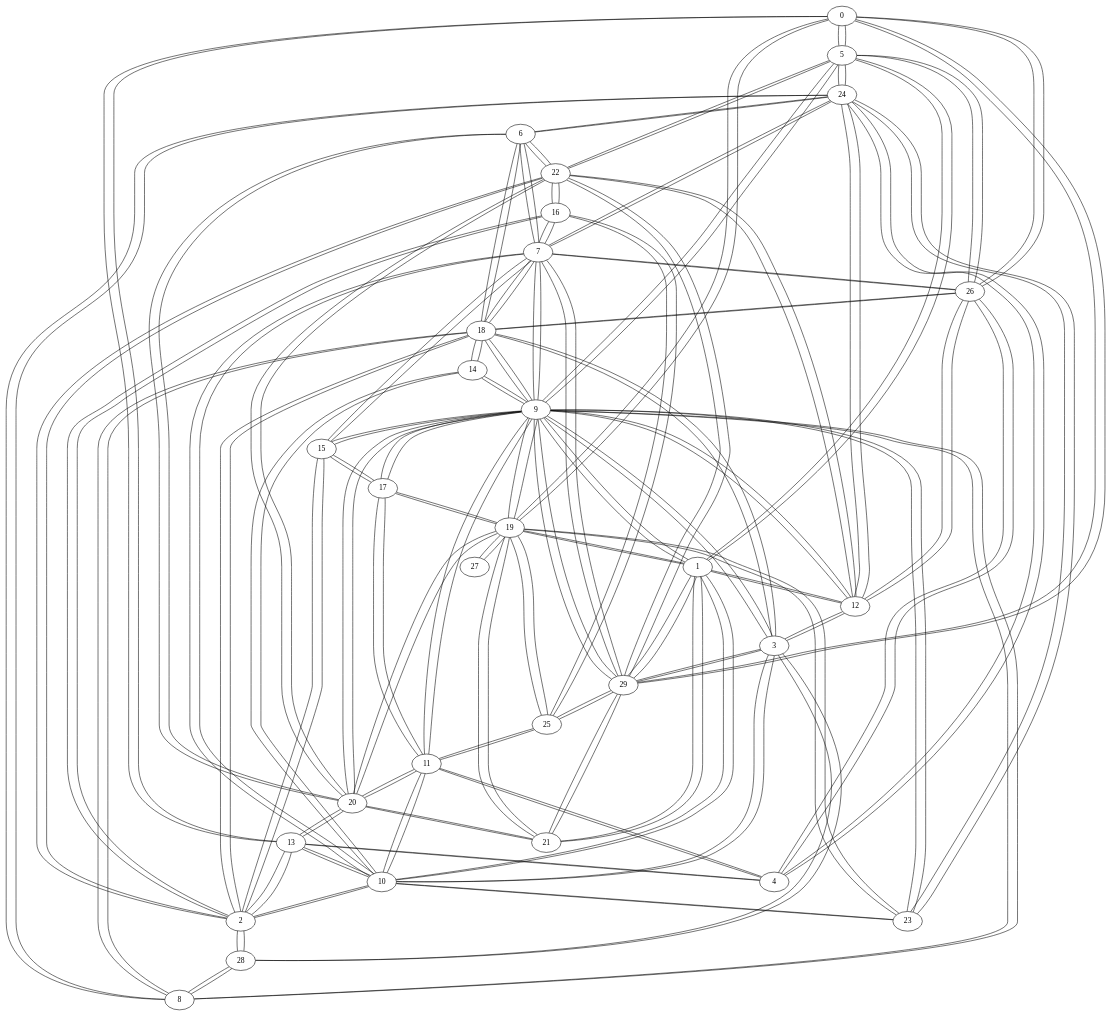
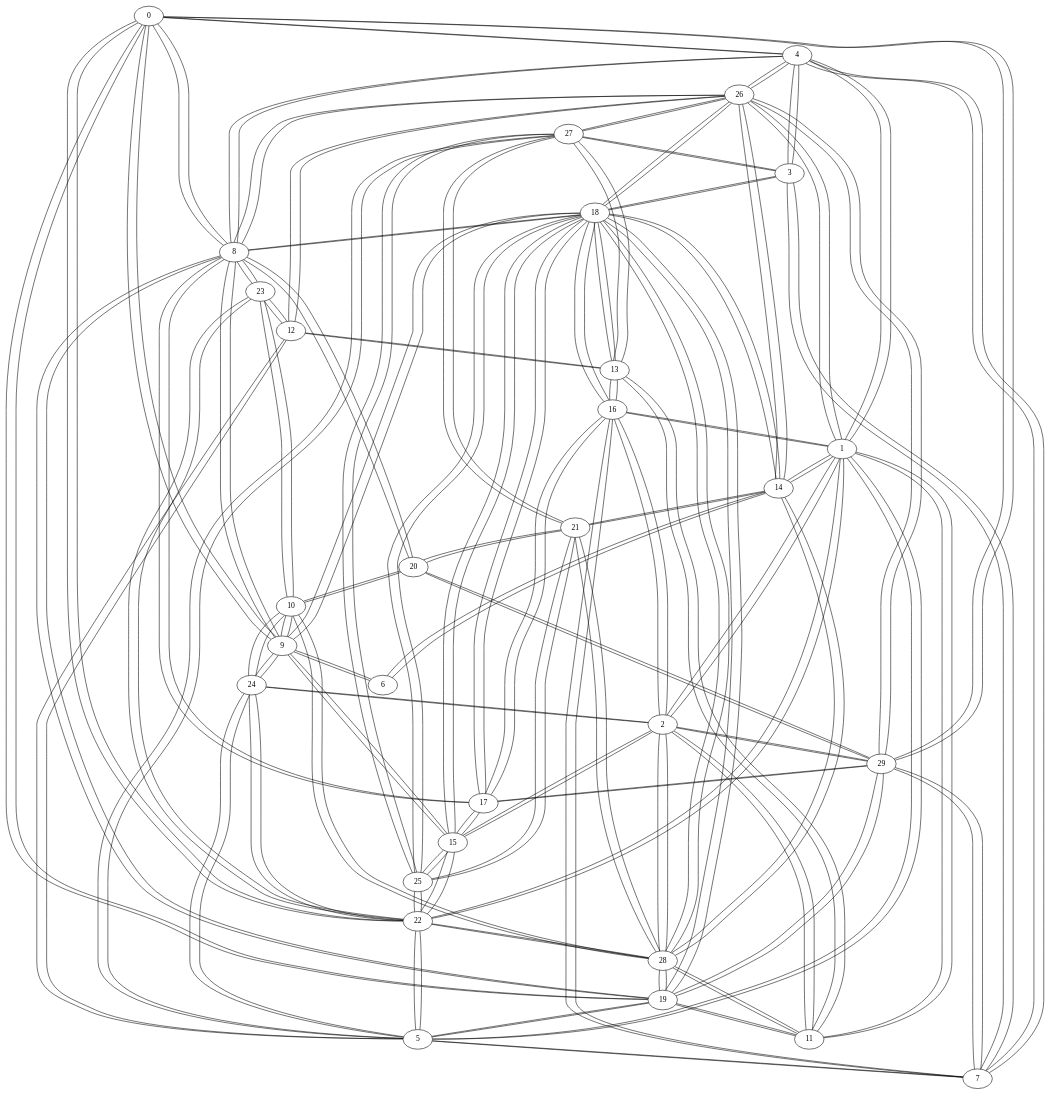
Before and after one commit to GusRojas/Grafos2DAA_A24: the diagram in grafo_gilbert30.gv, drawn with Graphviz. The commit also changed 12 other files, not shown here.

```diff
--- a/grafo_gilbert30.gv
+++ b/grafo_gilbert30.gv
@@ -1,178 +1,184 @@
 graph {
-  0 -- 5;
-  0 -- 13;
+  0 -- 4;
+  0 -- 8;
+  0 -- 9;
   0 -- 19;
-  0 -- 26;
+  0 -- 22;
   0 -- 29;
-  5 -- 0;
+  4 -- 0;
+  4 -- 1;
+  4 -- 3;
+  4 -- 7;
+  4 -- 8;
+  4 -- 26;
+  8 -- 0;
+  8 -- 4;
+  8 -- 9;
+  8 -- 17;
+  8 -- 18;
+  8 -- 19;
+  8 -- 20;
+  8 -- 23;
+  8 -- 26;
+  9 -- 0;
+  9 -- 6;
+  9 -- 8;
+  9 -- 10;
+  9 -- 15;
+  9 -- 18;
+  9 -- 24;
+  19 -- 0;
+  19 -- 5;
+  19 -- 8;
+  19 -- 11;
+  19 -- 18;
+  19 -- 28;
+  19 -- 29;
+  22 -- 0;
+  22 -- 1;
+  22 -- 5;
+  22 -- 15;
+  22 -- 23;
+  22 -- 24;
+  22 -- 25;
+  22 -- 28;
+  29 -- 0;
+  29 -- 2;
+  29 -- 7;
+  29 -- 17;
+  29 -- 19;
+  29 -- 20;
+  29 -- 26;
+  1 -- 2;
+  1 -- 4;
+  1 -- 5;
+  1 -- 11;
+  1 -- 14;
+  1 -- 16;
+  1 -- 22;
+  1 -- 26;
+  2 -- 1;
+  2 -- 11;
+  2 -- 15;
+  2 -- 16;
+  2 -- 24;
+  2 -- 28;
+  2 -- 29;
   5 -- 1;
-  5 -- 9;
+  5 -- 7;
+  5 -- 12;
+  5 -- 19;
   5 -- 22;
   5 -- 24;
-  5 -- 26;
-  13 -- 0;
-  13 -- 2;
-  13 -- 4;
-  13 -- 10;
-  13 -- 20;
-  19 -- 0;
-  19 -- 1;
-  19 -- 9;
-  19 -- 17;
-  19 -- 20;
-  19 -- 21;
-  19 -- 23;
-  19 -- 25;
-  19 -- 27;
-  26 -- 0;
+  5 -- 27;
+  11 -- 1;
+  11 -- 2;
+  11 -- 13;
+  11 -- 19;
+  11 -- 28;
+  14 -- 1;
+  14 -- 6;
+  14 -- 18;
+  14 -- 21;
+  14 -- 26;
+  14 -- 28;
+  16 -- 1;
+  16 -- 2;
+  16 -- 7;
+  16 -- 13;
+  16 -- 17;
+  16 -- 18;
+  26 -- 1;
   26 -- 4;
-  26 -- 5;
-  26 -- 7;
+  26 -- 8;
   26 -- 12;
+  26 -- 14;
   26 -- 18;
-  29 -- 0;
-  29 -- 1;
-  29 -- 3;
-  29 -- 7;
-  29 -- 9;
-  29 -- 21;
-  29 -- 22;
-  29 -- 25;
-  1 -- 5;
-  1 -- 9;
-  1 -- 10;
-  1 -- 12;
-  1 -- 19;
-  1 -- 21;
-  1 -- 29;
-  9 -- 1;
-  9 -- 3;
-  9 -- 5;
-  9 -- 7;
-  9 -- 8;
-  9 -- 11;
-  9 -- 12;
-  9 -- 14;
-  9 -- 15;
-  9 -- 17;
-  9 -- 18;
-  9 -- 19;
-  9 -- 20;
-  9 -- 23;
-  9 -- 29;
-  10 -- 1;
-  10 -- 2;
-  10 -- 3;
-  10 -- 7;
-  10 -- 11;
-  10 -- 13;
-  10 -- 14;
-  10 -- 23;
-  12 -- 1;
-  12 -- 3;
-  12 -- 9;
-  12 -- 22;
-  12 -- 24;
-  12 -- 26;
-  21 -- 1;
-  21 -- 19;
-  21 -- 20;
-  21 -- 29;
-  2 -- 10;
-  2 -- 13;
-  2 -- 15;
-  2 -- 16;
-  2 -- 18;
-  2 -- 22;
-  2 -- 28;
+  26 -- 27;
+  26 -- 29;
   15 -- 2;
-  15 -- 7;
   15 -- 9;
   15 -- 17;
-  16 -- 2;
-  16 -- 7;
-  16 -- 22;
-  16 -- 25;
-  18 -- 2;
+  15 -- 18;
+  15 -- 22;
+  15 -- 25;
+  24 -- 2;
+  24 -- 5;
+  24 -- 9;
+  24 -- 10;
+  24 -- 22;
+  28 -- 2;
+  28 -- 10;
+  28 -- 11;
+  28 -- 14;
+  28 -- 18;
+  28 -- 19;
+  28 -- 21;
+  28 -- 22;
+  3 -- 4;
+  3 -- 7;
+  3 -- 18;
+  3 -- 27;
+  7 -- 3;
+  7 -- 4;
+  7 -- 5;
+  7 -- 16;
+  7 -- 29;
   18 -- 3;
-  18 -- 6;
-  18 -- 7;
   18 -- 8;
   18 -- 9;
+  18 -- 13;
   18 -- 14;
+  18 -- 15;
+  18 -- 16;
+  18 -- 17;
+  18 -- 19;
+  18 -- 25;
   18 -- 26;
-  22 -- 2;
-  22 -- 5;
-  22 -- 6;
-  22 -- 12;
-  22 -- 16;
-  22 -- 20;
-  22 -- 29;
-  28 -- 2;
-  28 -- 3;
-  28 -- 8;
-  3 -- 9;
-  3 -- 10;
-  3 -- 12;
-  3 -- 18;
-  3 -- 28;
-  3 -- 29;
-  4 -- 11;
-  4 -- 13;
-  4 -- 24;
-  4 -- 26;
-  11 -- 4;
-  11 -- 9;
-  11 -- 10;
-  11 -- 17;
-  11 -- 20;
-  11 -- 25;
-  24 -- 4;
-  24 -- 5;
-  24 -- 6;
-  24 -- 7;
-  24 -- 8;
-  24 -- 12;
-  24 -- 23;
-  6 -- 7;
-  6 -- 18;
-  6 -- 20;
-  6 -- 22;
-  6 -- 24;
-  7 -- 6;
-  7 -- 9;
-  7 -- 10;
-  7 -- 15;
-  7 -- 16;
-  7 -- 18;
-  7 -- 24;
-  7 -- 26;
-  7 -- 29;
-  20 -- 6;
-  20 -- 9;
-  20 -- 11;
-  20 -- 13;
-  20 -- 19;
+  18 -- 28;
+  27 -- 3;
+  27 -- 5;
+  27 -- 13;
+  27 -- 21;
+  27 -- 25;
+  27 -- 26;
+  12 -- 5;
+  12 -- 13;
+  12 -- 23;
+  12 -- 26;
+  6 -- 9;
+  6 -- 14;
+  17 -- 8;
+  17 -- 15;
+  17 -- 16;
+  17 -- 18;
+  17 -- 29;
+  20 -- 8;
+  20 -- 10;
   20 -- 21;
-  20 -- 22;
-  8 -- 9;
-  8 -- 18;
-  8 -- 24;
-  8 -- 28;
-  14 -- 9;
-  14 -- 10;
-  14 -- 18;
-  17 -- 9;
-  17 -- 11;
-  17 -- 15;
-  17 -- 19;
-  23 -- 9;
+  20 -- 29;
+  23 -- 8;
   23 -- 10;
-  23 -- 19;
-  23 -- 24;
-  25 -- 11;
-  25 -- 16;
-  25 -- 19;
-  25 -- 29;
-  27 -- 19;
+  23 -- 12;
+  23 -- 22;
+  10 -- 9;
+  10 -- 20;
+  10 -- 23;
+  10 -- 24;
+  10 -- 28;
+  13 -- 11;
+  13 -- 12;
+  13 -- 16;
+  13 -- 18;
+  13 -- 27;
+  21 -- 14;
+  21 -- 20;
+  21 -- 25;
+  21 -- 27;
+  21 -- 28;
+  25 -- 15;
+  25 -- 18;
+  25 -- 21;
+  25 -- 22;
+  25 -- 27;
 }
```
